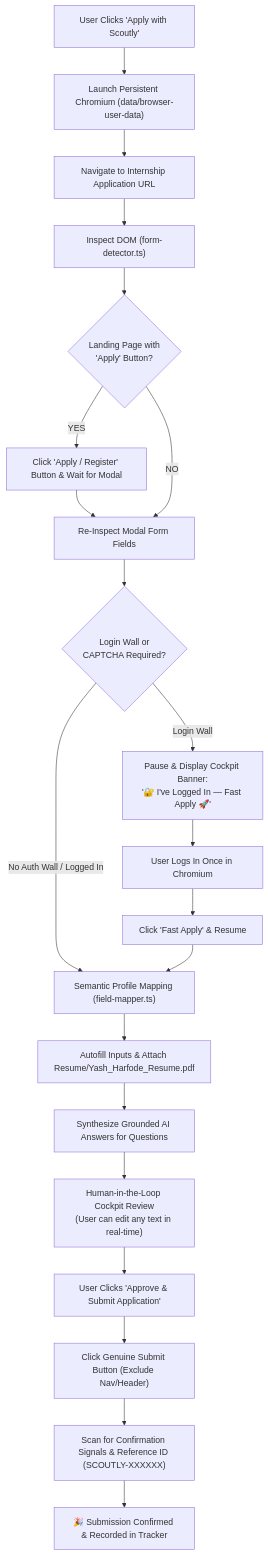
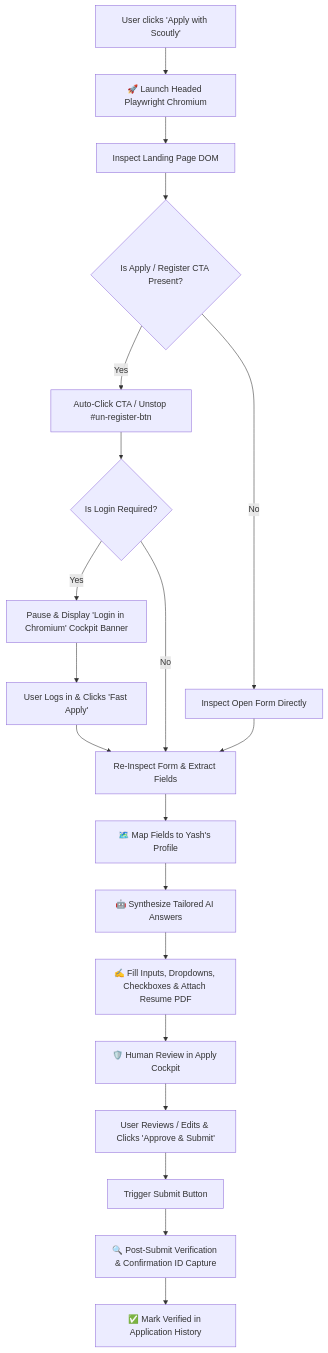
Before and after one commit to yashharfode/Scoutly: the second of 2 diagrams in README.md, drawn with Mermaid. The commit also changed other lines of this file and 37 other files, not shown here.

Commit message:
docs & fix: overhaul README with full architecture/flowcharts & fix Unstop Quick Apply triggering

````diff
--- a/README.md
+++ b/README.md
@@ -135,28 +146,22 @@
 ```mermaid
 flowchart TD
-    Start["User Clicks 'Apply with Scoutly'"] --> LaunchBrowser["Launch Persistent Chromium (data/browser-user-data)"]
-    LaunchBrowser --> Navigate["Navigate to Internship Application URL"]
-    Navigate --> Inspect["Inspect DOM (form-detector.ts)"]
-    
-    Inspect --> LandingCheck{"Landing Page with\n'Apply' Button?"}
-    LandingCheck -- YES --> ClickApply["Click 'Apply / Register' Button & Wait for Modal"]
-    ClickApply --> InspectAgain["Re-Inspect Modal Form Fields"]
-    LandingCheck -- NO --> InspectAgain
-    
-    InspectAgain --> AuthCheck{"Login Wall or\nCAPTCHA Required?"}
-    AuthCheck -- "Login Wall" --> PauseAuth["Pause & Display Cockpit Banner:\n'🔐 I've Logged In — Fast Apply 🚀'"]
-    PauseAuth --> UserLogin["User Logs In Once in Chromium"]
-    UserLogin --> ResumeAuth["Click 'Fast Apply' & Resume"]
-    
-    AuthCheck -- "No Auth Wall / Logged In" --> MapFields["Semantic Profile Mapping (field-mapper.ts)"]
-    ResumeAuth --> MapFields
-    
-    MapFields --> FillForm["Autofill Inputs & Attach Resume/Yash_Harfode_Resume.pdf"]
-    FillForm --> AISynthesis["Synthesize Grounded AI Answers for Questions"]
-    AISynthesis --> CockpitReview["Human-in-the-Loop Cockpit Review\n(User can edit any text in real-time)"]
-    
-    CockpitReview --> UserApprove["User Clicks 'Approve & Submit Application'"]
-    UserApprove --> SafeSubmit["Click Genuine Submit Button (Exclude Nav/Header)"]
-    SafeSubmit --> Verify["Scan for Confirmation Signals & Reference ID (SCOUTLY-XXXXXX)"]
-    Verify --> Confirmed["🎉 Submission Confirmed & Recorded in Tracker"]
+    A[User clicks 'Apply with Scoutly'] --> B[🚀 Launch Headed Playwright Chromium]
+    B --> C[Inspect Landing Page DOM]
+    C --> D{Is Apply / Register CTA Present?}
+    D -- Yes --> E[Auto-Click CTA / Unstop #un-register-btn]
+    D -- No --> F[Inspect Open Form Directly]
+    E --> G{Is Login Required?}
+    G -- Yes --> H[Pause & Display 'Login in Chromium' Cockpit Banner]
+    H --> I[User Logs in & Clicks 'Fast Apply']
+    I --> J[Re-Inspect Form & Extract Fields]
+    G -- No --> J
+    F --> J
+    J --> K[🗺️ Map Fields to Yash's Profile]
+    K --> L[🤖 Synthesize Tailored AI Answers]
+    L --> M[✍️ Fill Inputs, Dropdowns, Checkboxes & Attach Resume PDF]
+    M --> N[🛡️ Human Review in Apply Cockpit]
+    N --> O[User Reviews / Edits & Clicks 'Approve & Submit']
+    O --> P[Trigger Submit Button]
+    P --> Q[🔍 Post-Submit Verification & Confirmation ID Capture]
+    Q --> R[✅ Mark Verified in Application History]
 ```
````
